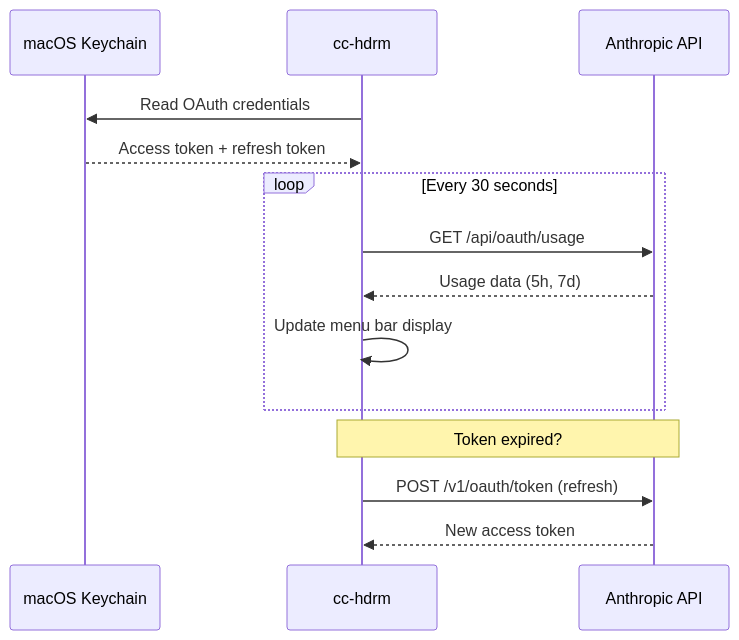
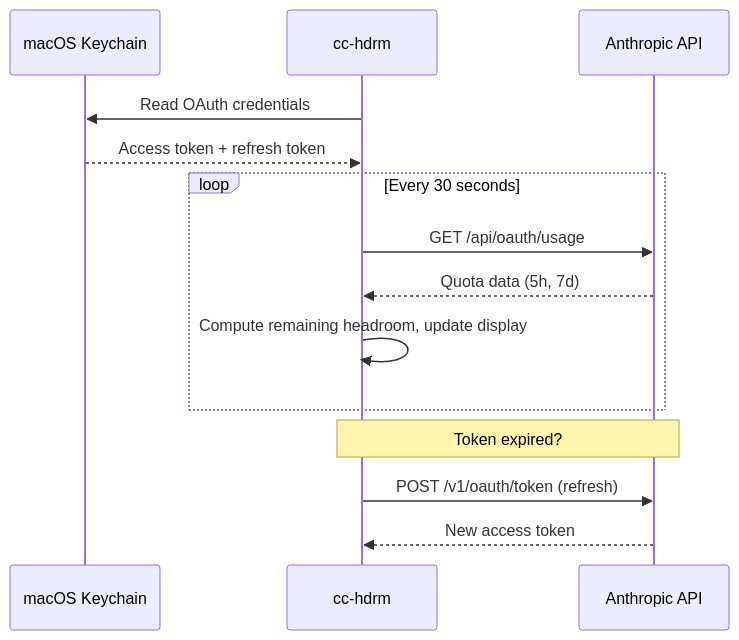
The diagram in README.md (rajish/cc-hdrm), drawn with Mermaid before and after one commit. The commit also changed other lines of this file and 2 other files, not shown here.

Commit message:
Reframe docs from usage to headroom (remaining capacity)

````diff
--- a/README.md
+++ b/README.md
@@ -67,17 +67,17 @@
 ```mermaid
 sequenceDiagram
     participant K as macOS Keychain
     participant A as cc-hdrm
     participant API as Anthropic API
 
     A->>K: Read OAuth credentials
     K-->>A: Access token + refresh token
     loop Every 30 seconds
         A->>API: GET /api/oauth/usage
-        API-->>A: Usage data (5h, 7d)
-        A->>A: Update menu bar display
+        API-->>A: Quota data (5h, 7d)
+        A->>A: Compute remaining headroom, update display
     end
     Note over A,API: Token expired?
     A->>API: POST /v1/oauth/token (refresh)
     API-->>A: New access token
 ```
````
